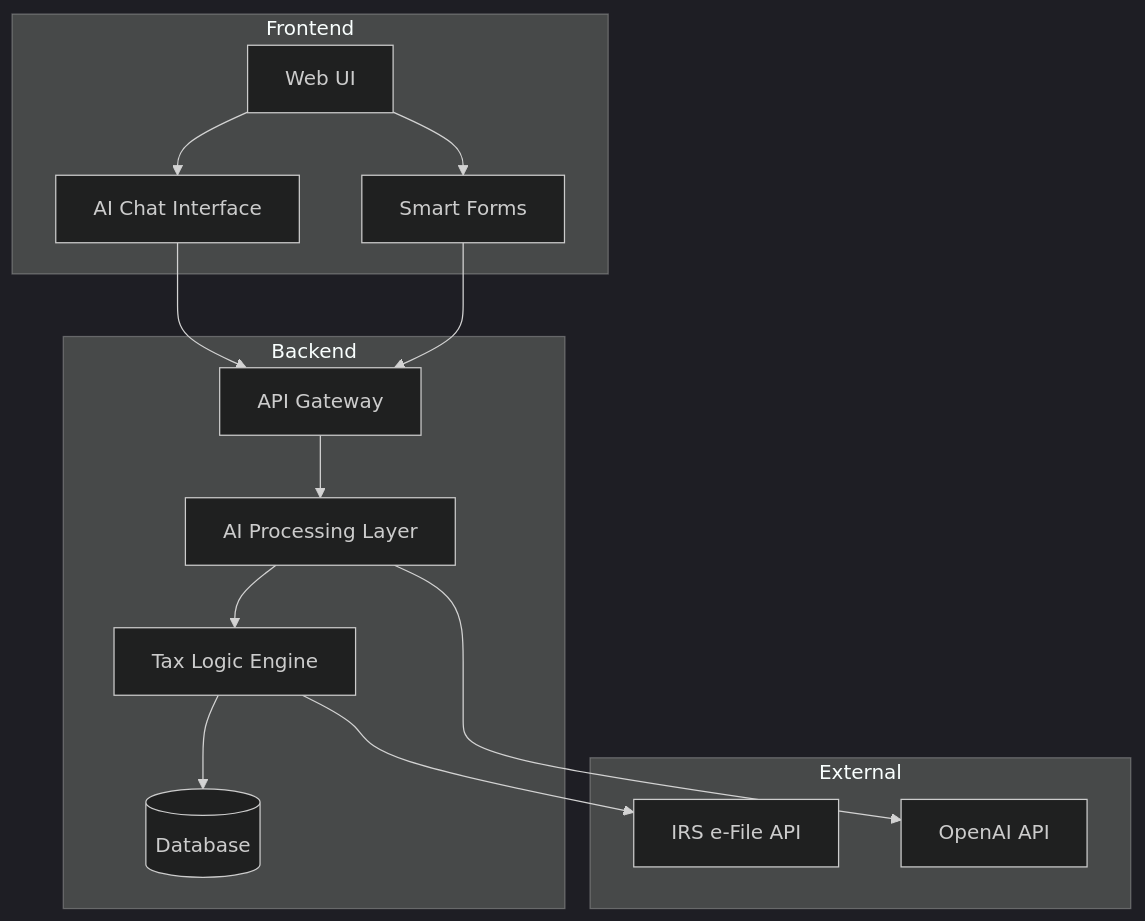
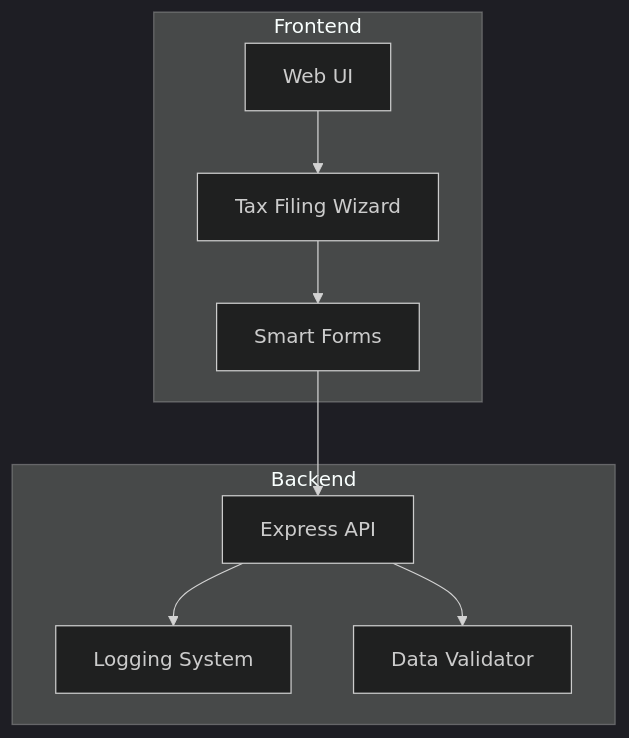
One commit to anhtdang92/direct-file-easy-webui changed the first of 4 diagrams in PROJECT_PLAN.md. Above: the diagram before and after it, drawn with Mermaid (dark theme). The commit also changed other lines of this file and 2 other files, not shown here.

````diff
--- a/PROJECT_PLAN.md
+++ b/PROJECT_PLAN.md
@@ -5,30 +5,20 @@
 ```mermaid
 graph TB
     subgraph Frontend
         UI[Web UI]
-        Chat[AI Chat Interface]
+        Wizard[Tax Filing Wizard]
         Forms[Smart Forms]
     end
 
     subgraph Backend
-        API[API Gateway]
-        AI[AI Processing Layer]
-        Tax[Tax Logic Engine]
-        DB[(Database)]
+        API[Express API]
+        Logger[Logging System]
+        Validator[Data Validator]
     end
 
-    subgraph External
-        IRS[IRS e-File API]
-        OpenAI[OpenAI API]
-    end
-
-    UI --> Chat
-    UI --> Forms
-    Chat --> API
+    UI --> Wizard
+    Wizard --> Forms
     Forms --> API
-    API --> AI
-    AI --> OpenAI
-    AI --> Tax
-    Tax --> DB
-    Tax --> IRS
+    API --> Logger
+    API --> Validator
 ```
````
